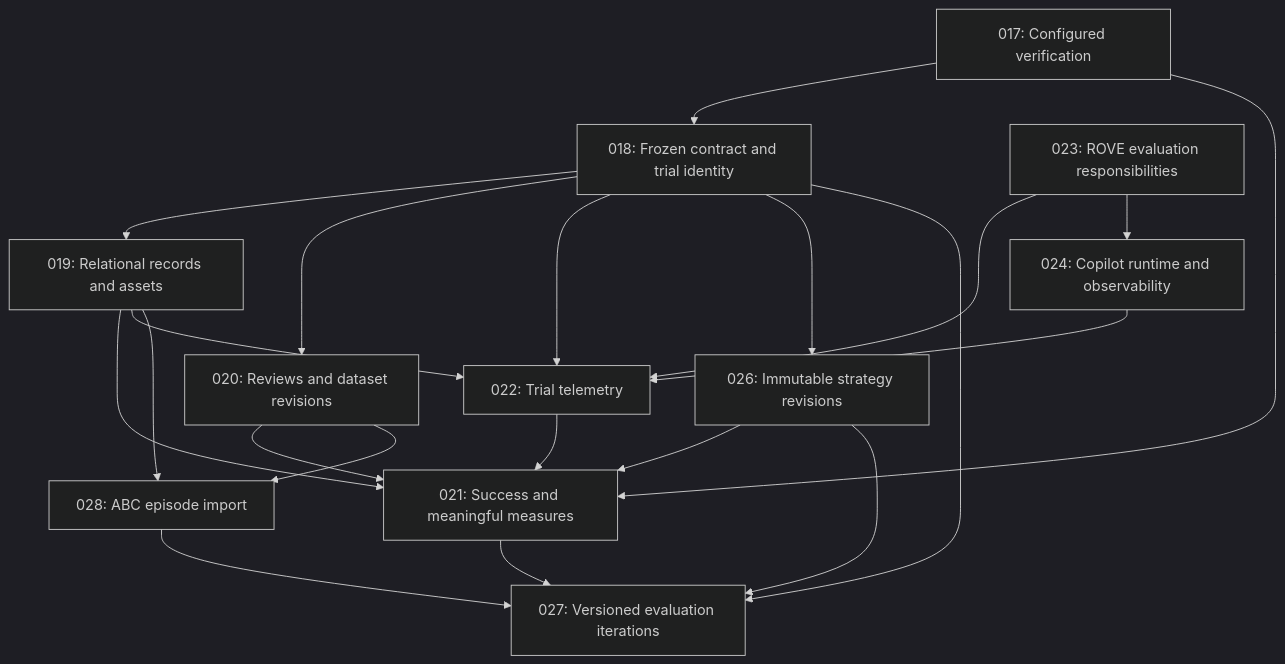
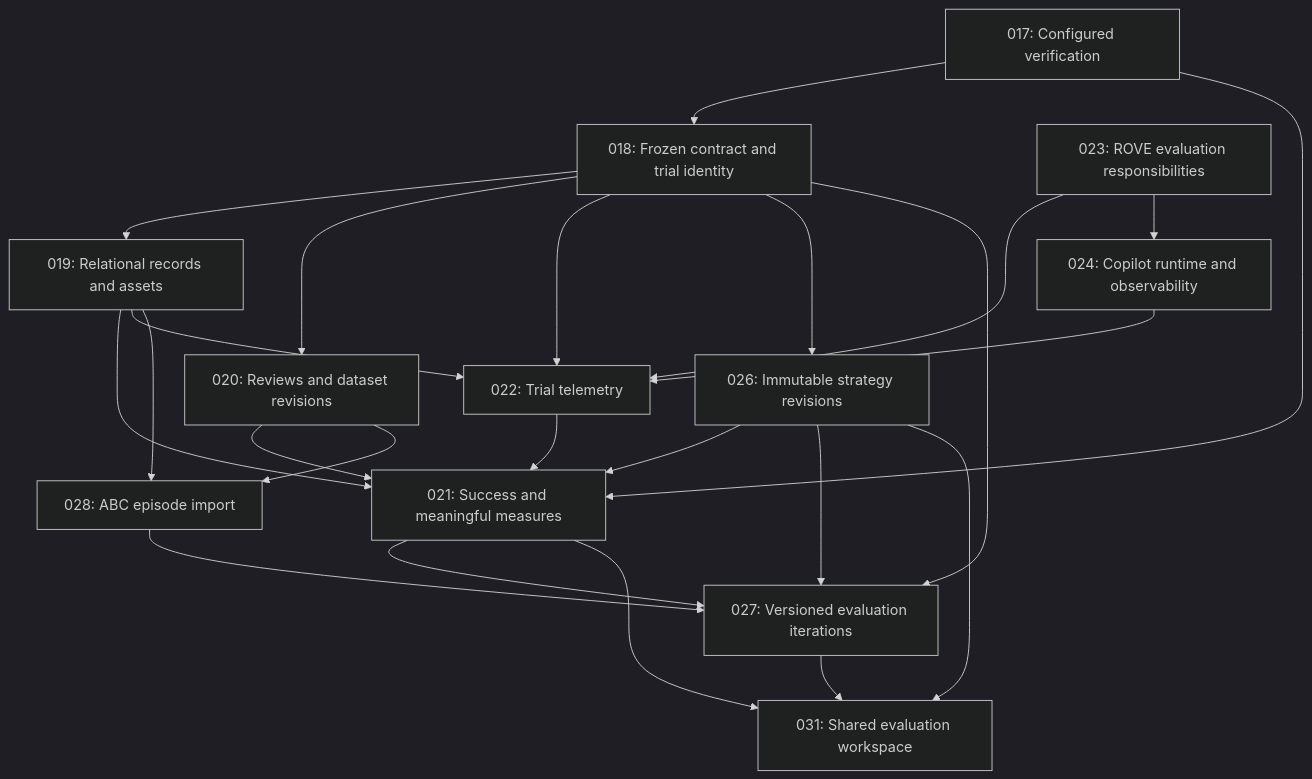
Before and after one commit to niksacdev/rove: the diagram in docs/architecture/README.md, drawn with Mermaid (dark theme). The commit also changed other lines of this file and 30 other files, not shown here.

````diff
--- a/docs/architecture/README.md
+++ b/docs/architecture/README.md
@@ -29,23 +29,26 @@
 ```mermaid
 flowchart TD
     V[017: Configured verification] --> C[018: Frozen contract and trial identity]
     C --> S[019: Relational records and assets]
     C --> H[020: Reviews and dataset revisions]
     H --> M[021: Success and meaningful measures]
     V --> M
     S --> M
     C --> T[022: Trial telemetry]
     S --> T
     T --> M
     E[023: ROVE evaluation responsibilities] --> T
     R[024: Copilot runtime and observability] --> T
     E --> R
     C --> K[026: Immutable strategy revisions]
     K --> M
     C --> J[027: Versioned evaluation iterations]
     K --> J
     M --> J
     S --> A[028: ABC episode import]
     H --> A
     A --> J
+    J --> W[031: Shared evaluation workspace]
+    K --> W
+    M --> W
 ```
````
